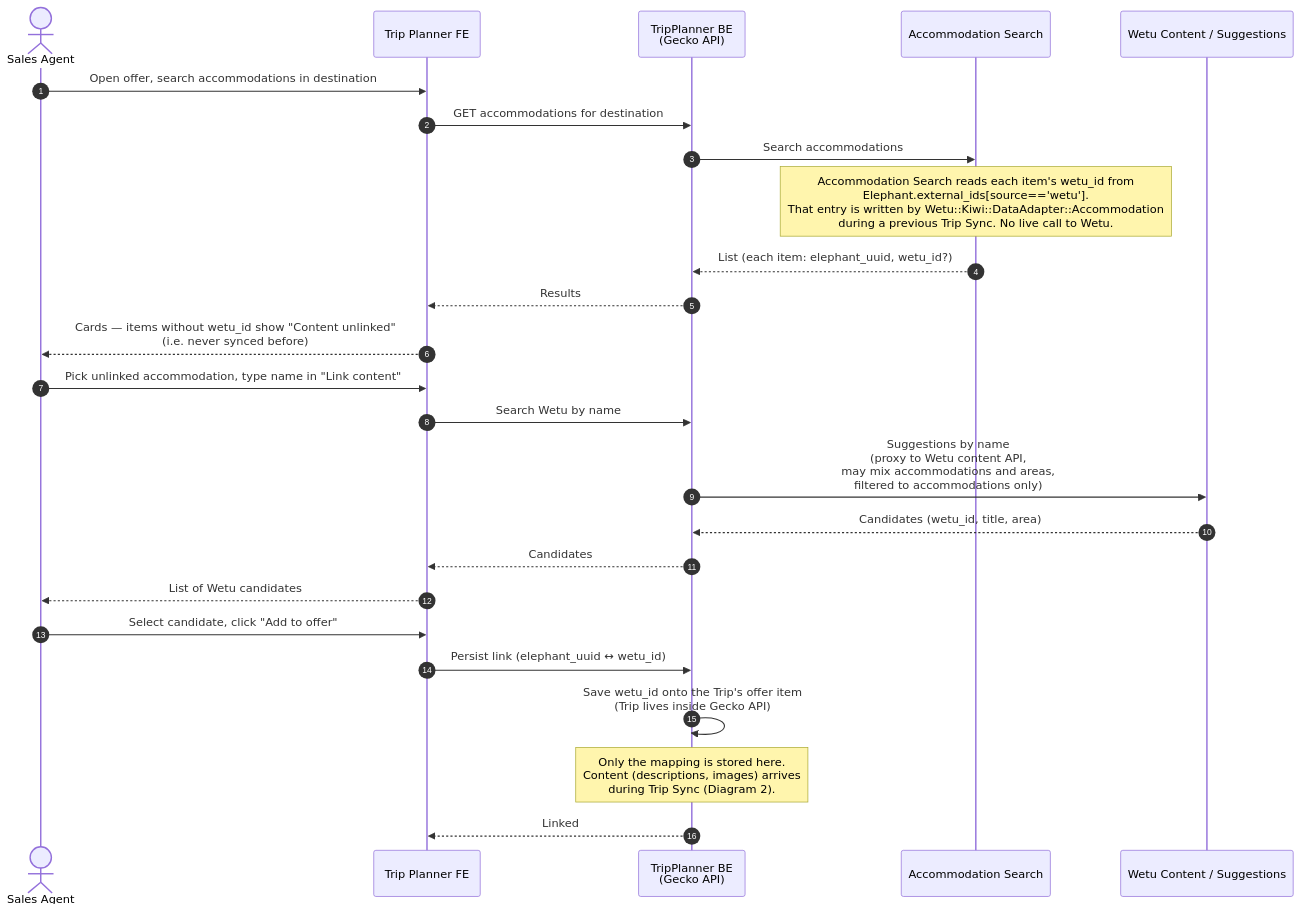
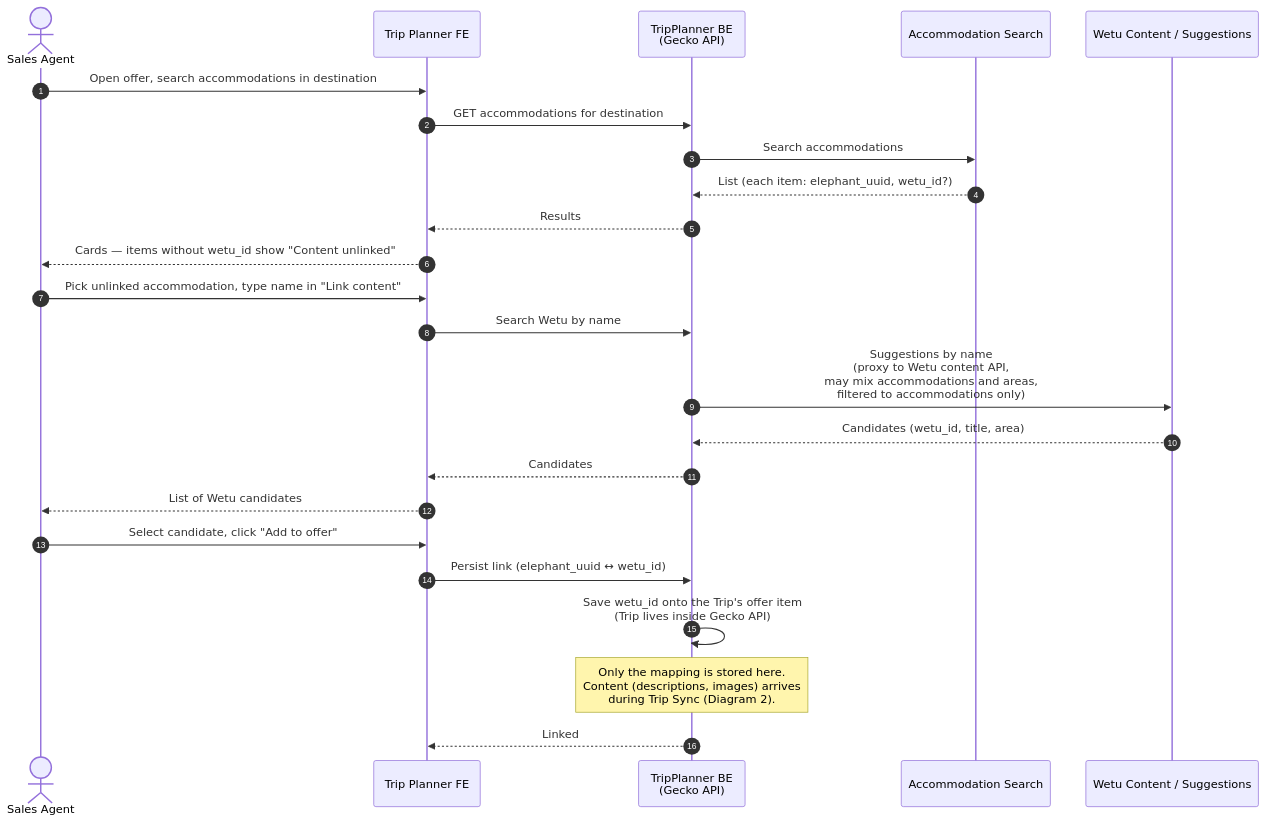
One commit to kliuchnikau-tourlane/ClaudeCowork changed the first of 5 diagrams in OUTPUTS/2026-04-24_TripPlannerWetu-sequence-diagrams/TripPlannerWetu_Documentation.md. Above: the diagram before and after it, drawn with Mermaid. The commit also changed other lines of this file, not shown here.

````diff
--- a/OUTPUTS/2026-04-24_TripPlannerWetu-sequence-diagrams/TripPlannerWetu_Documentation.md
+++ b/OUTPUTS/2026-04-24_TripPlannerWetu-sequence-diagrams/TripPlannerWetu_Documentation.md
@@ -24,30 +24,29 @@
 ```mermaid
 sequenceDiagram
     autonumber
     actor Agent as Sales Agent
     participant TP as Trip Planner FE
     participant BE as TripPlanner BE<br/>(Gecko API)
     participant AS as Accommodation Search
     participant Wetu as Wetu Content / Suggestions
 
     Agent->>TP: Open offer, search accommodations in destination
     TP->>BE: GET accommodations for destination
     BE->>AS: Search accommodations
-    Note over AS: Accommodation Search reads each item's wetu_id from<br/>Elephant.external_ids[source=='wetu'].<br/>That entry is written by Wetu::Kiwi::DataAdapter::Accommodation<br/>during a previous Trip Sync. No live call to Wetu.
     AS-->>BE: List (each item: elephant_uuid, wetu_id?)
     BE-->>TP: Results
-    TP-->>Agent: Cards — items without wetu_id show "Content unlinked"<br/>(i.e. never synced before)
+    TP-->>Agent: Cards — items without wetu_id show "Content unlinked"
 
     Agent->>TP: Pick unlinked accommodation, type name in "Link content"
     TP->>BE: Search Wetu by name
     BE->>Wetu: Suggestions by name<br/>(proxy to Wetu content API,<br/>may mix accommodations and areas,<br/>filtered to accommodations only)
     Wetu-->>BE: Candidates (wetu_id, title, area)
     BE-->>TP: Candidates
     TP-->>Agent: List of Wetu candidates
 
     Agent->>TP: Select candidate, click "Add to offer"
     TP->>BE: Persist link (elephant_uuid ↔ wetu_id)
     BE->>BE: Save wetu_id onto the Trip's offer item<br/>(Trip lives inside Gecko API)
     Note over BE: Only the mapping is stored here.<br/>Content (descriptions, images) arrives<br/>during Trip Sync (Diagram 2).
     BE-->>TP: Linked
 ```
````
